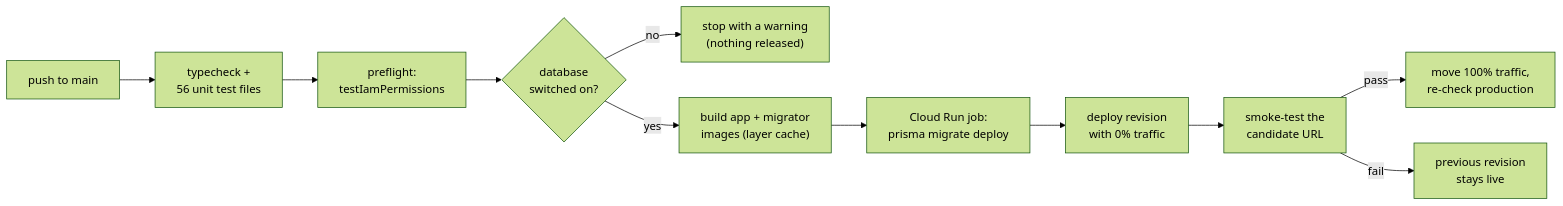
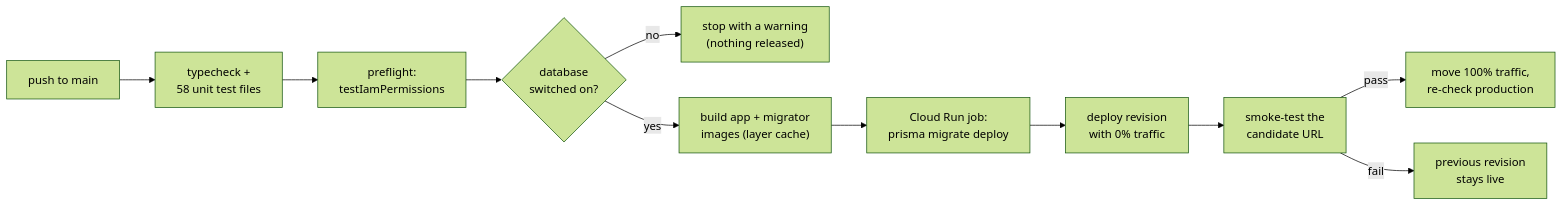
The second of 2 diagrams in README.md (baldan555/gatherinsight-platform), drawn with Mermaid (forest theme) before and after one commit. The commit also changed 1 other file, not shown here.

Commit message:
App pipeline: 58 unit test files (survey waves, trend and export tests)

````diff
--- a/README.md
+++ b/README.md
@@ -64,13 +64,13 @@
 ```mermaid
 flowchart LR
-  push["push to main"] --> verify["typecheck +<br/>56 unit test files"]
+  push["push to main"] --> verify["typecheck +<br/>58 unit test files"]
   verify --> pre["preflight:<br/>testIamPermissions"]
   pre --> db{"database<br/>switched on?"}
   db -->|no| skip["stop with a warning<br/>(nothing released)"]
   db -->|yes| build["build app + migrator<br/>images (layer cache)"]
   build --> mig["Cloud Run job:<br/>prisma migrate deploy"]
   mig --> cand["deploy revision<br/>with 0% traffic"]
   cand --> smoke["smoke-test the<br/>candidate URL"]
   smoke -->|pass| promote["move 100% traffic,<br/>re-check production"]
   smoke -->|fail| keep["previous revision<br/>stays live"]
 ```
````
